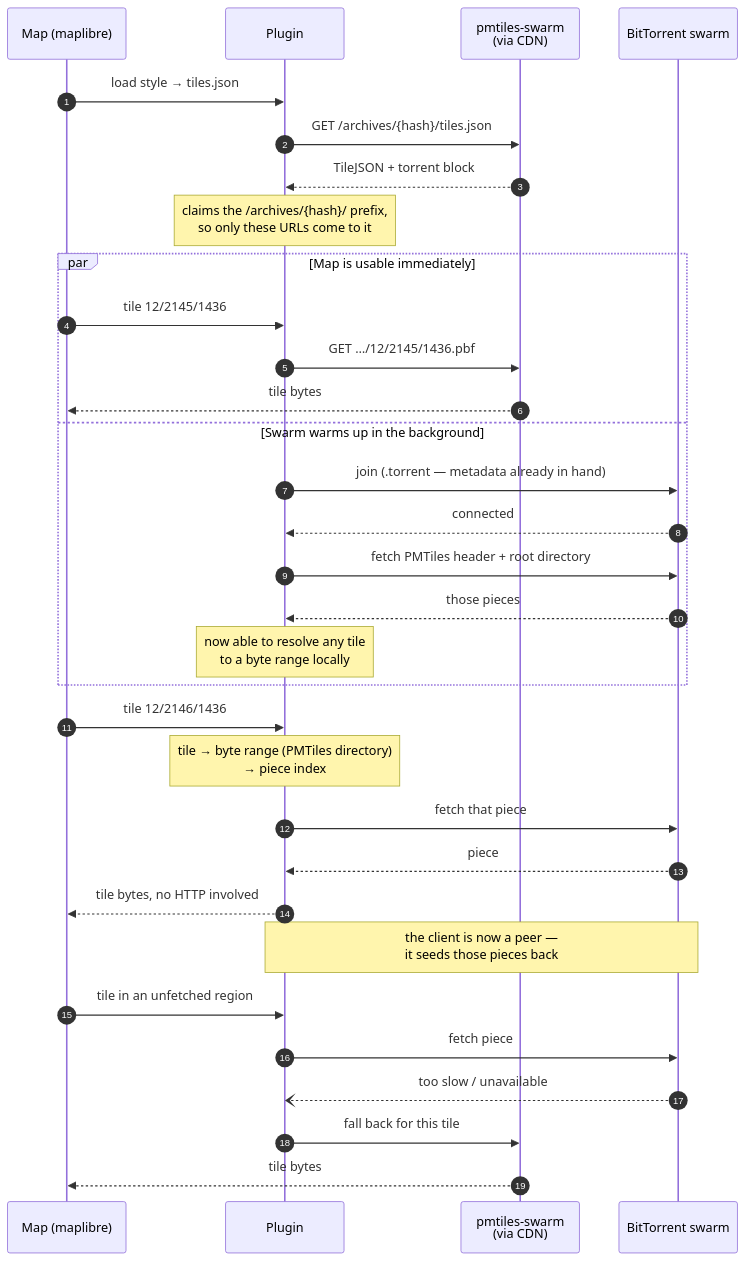
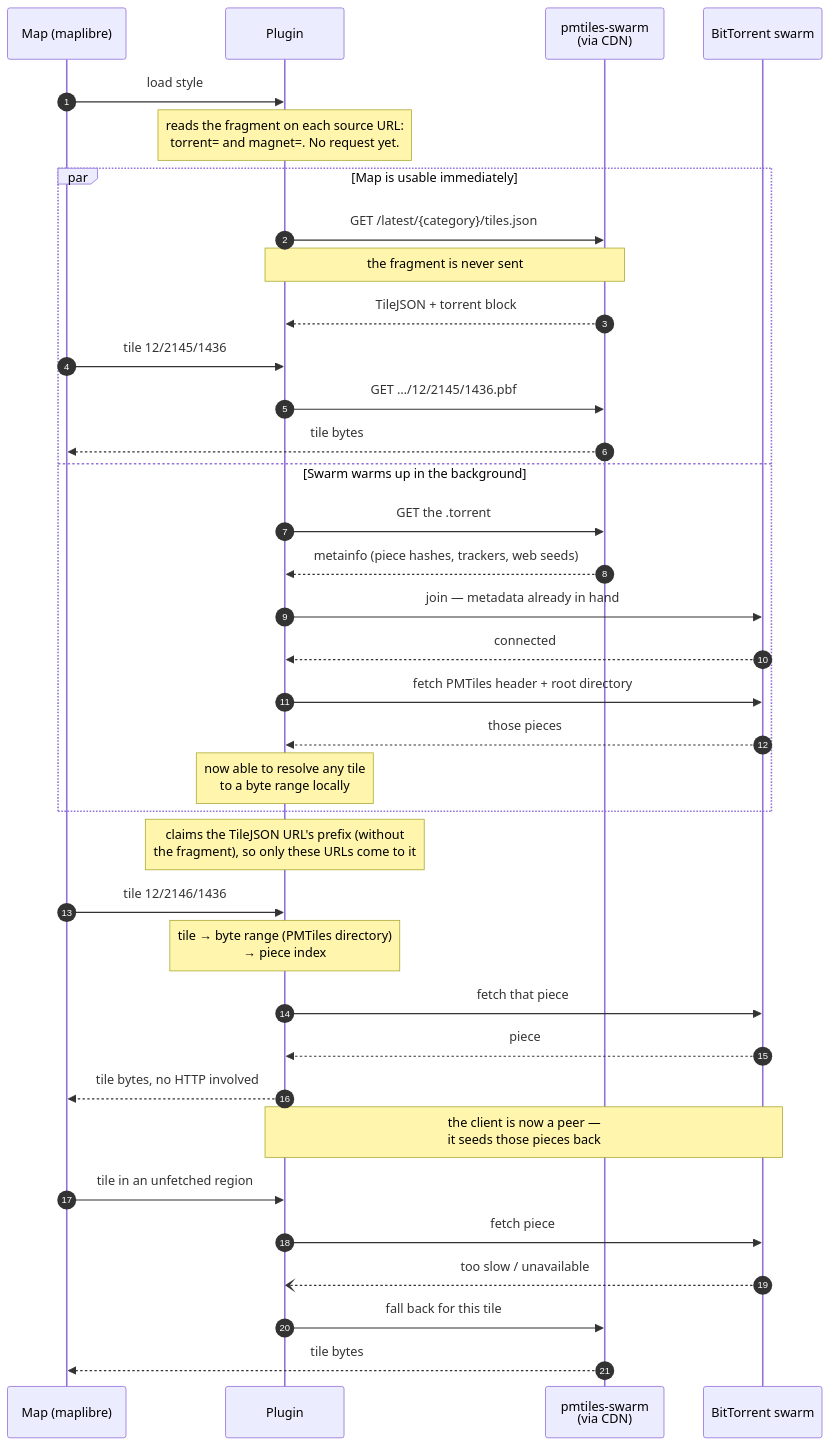
The third of 4 diagrams in docs/architecture-diagram.md (TechIdiots-LLC/pmtiles-swarm), drawn with Mermaid before and after one commit. The commit also changed other lines of this file, not shown here.

````diff
--- a/docs/architecture-diagram.md
+++ b/docs/architecture-diagram.md
@@ -157,40 +166,44 @@
 ```mermaid
 sequenceDiagram
     autonumber
     participant App as Map (maplibre)
     participant P as Plugin
     participant HTTP as pmtiles-swarm<br/>(via CDN)
     participant BT as BitTorrent swarm
 
-    App->>P: load style → tiles.json
-    P->>HTTP: GET /archives/{hash}/tiles.json
-    HTTP-->>P: TileJSON + torrent block
-
-    Note over P: claims the /archives/{hash}/ prefix,<br/>so only these URLs come to it
+    App->>P: load style
+    Note over P: reads the fragment on each source URL:<br/>torrent= and magnet=. No request yet.
 
     par Map is usable immediately
+        P->>HTTP: GET /latest/{category}/tiles.json
+        Note over P,HTTP: the fragment is never sent
+        HTTP-->>P: TileJSON + torrent block
         App->>P: tile 12/2145/1436
         P->>HTTP: GET …/12/2145/1436.pbf
         HTTP-->>App: tile bytes
     and Swarm warms up in the background
-        P->>BT: join (.torrent — metadata already in hand)
+        P->>HTTP: GET the .torrent
+        HTTP-->>P: metainfo (piece hashes, trackers, web seeds)
+        P->>BT: join — metadata already in hand
         BT-->>P: connected
         P->>BT: fetch PMTiles header + root directory
         BT-->>P: those pieces
         Note over P: now able to resolve any tile<br/>to a byte range locally
     end
+
+    Note over P: claims the TileJSON URL's prefix (without<br/>the fragment), so only these URLs come to it
 
     App->>P: tile 12/2146/1436
     Note over P: tile → byte range (PMTiles directory)<br/>→ piece index
     P->>BT: fetch that piece
     BT-->>P: piece
     P-->>App: tile bytes, no HTTP involved
 
     Note over P,BT: the client is now a peer —<br/>it seeds those pieces back
 
     App->>P: tile in an unfetched region
     P->>BT: fetch piece
     BT--)P: too slow / unavailable
     P->>HTTP: fall back for this tile
     HTTP-->>App: tile bytes
 ```
````
